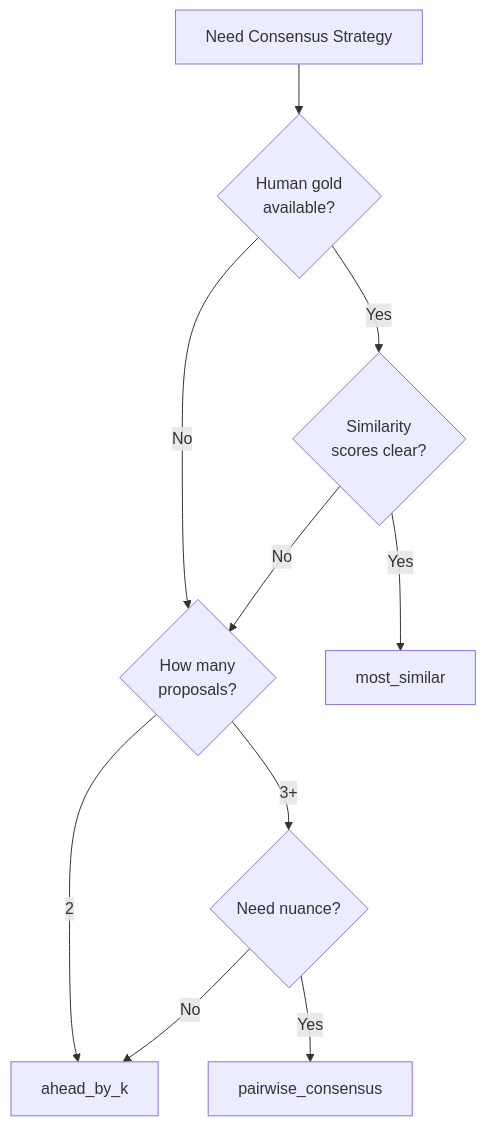
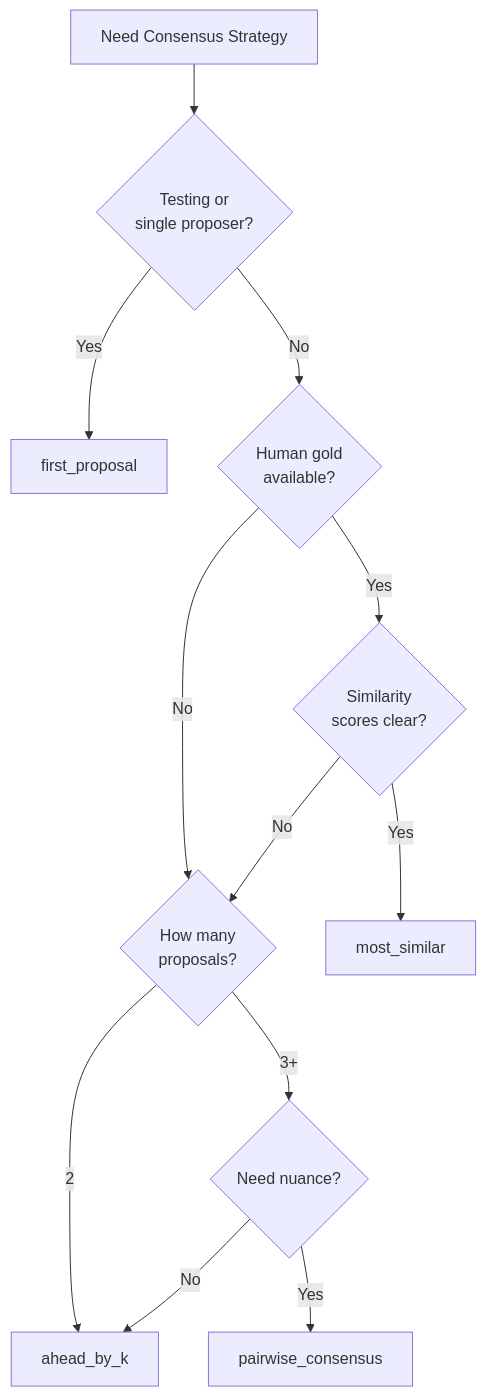
One commit to eloquentanalytics/dialai changed the diagram in website/docs/concepts/consensus-strategies.md. Above: the diagram before and after it, drawn with Mermaid. The commit also changed other lines of this file and 1 other file, not shown here.

````diff
--- a/website/docs/concepts/consensus-strategies.md
+++ b/website/docs/concepts/consensus-strategies.md
@@ -296,12 +362,14 @@
 ```mermaid
 graph TD
-    A[Need Consensus Strategy] --> B{Human gold<br/>available?}
-    B -->|Yes| C{Similarity<br/>scores clear?}
-    B -->|No| D{How many<br/>proposals?}
-    C -->|Yes| E[most_similar]
-    C -->|No| D
-    D -->|2| F[ahead_by_k]
-    D -->|3+| G{Need nuance?}
-    G -->|Yes| H[pairwise_consensus]
-    G -->|No| F
+    A[Need Consensus Strategy] --> B{Testing or<br/>single proposer?}
+    B -->|Yes| C[first_proposal]
+    B -->|No| D{Human gold<br/>available?}
+    D -->|Yes| E{Similarity<br/>scores clear?}
+    D -->|No| F{How many<br/>proposals?}
+    E -->|Yes| G[most_similar]
+    E -->|No| F
+    F -->|2| H[ahead_by_k]
+    F -->|3+| I{Need nuance?}
+    I -->|Yes| J[pairwise_consensus]
+    I -->|No| H
 ```
````
